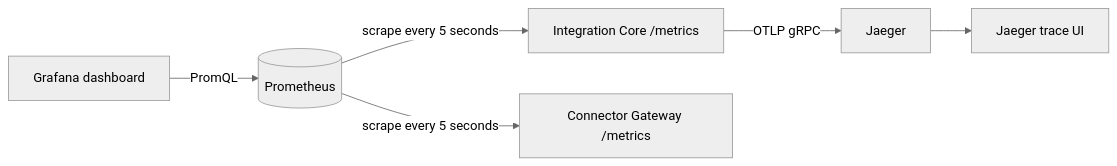
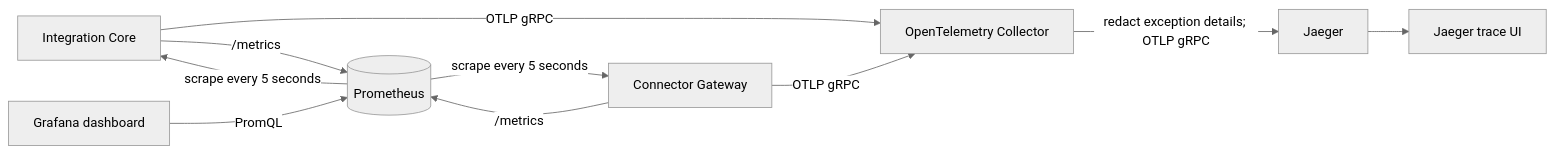
Before and after one commit to PietroRussoD/commerce-integration-hub: the diagram in observability/README.md, drawn with Mermaid (neutral theme). The commit also changed other lines of this file and 10 other files, not shown here.

Commit message:
🔒 Redact exception details from exported traces

````diff
--- a/observability/README.md
+++ b/observability/README.md
@@ -7,13 +7,18 @@
 ```mermaid
 flowchart LR
-    Core[Integration Core /metrics]
-    Gateway[Connector Gateway /metrics]
+    Core[Integration Core]
+    Gateway[Connector Gateway]
+    Collector[OpenTelemetry Collector]
     Prometheus[(Prometheus)]
     Grafana[Grafana dashboard]
-    Core -->|OTLP gRPC| Jaeger[Jaeger]
+    Core -->|OTLP gRPC| Collector
+    Gateway -->|OTLP gRPC| Collector
+    Collector -->|redact exception details; OTLP gRPC| Jaeger[Jaeger]
     Jaeger[Jaeger] --> TraceUI[Jaeger trace UI]
 
+    Core -->|/metrics| Prometheus
+    Gateway -->|/metrics| Prometheus
     Prometheus -->|scrape every 5 seconds| Core
     Prometheus -->|scrape every 5 seconds| Gateway
     Grafana -->|PromQL| Prometheus
 ```
````
